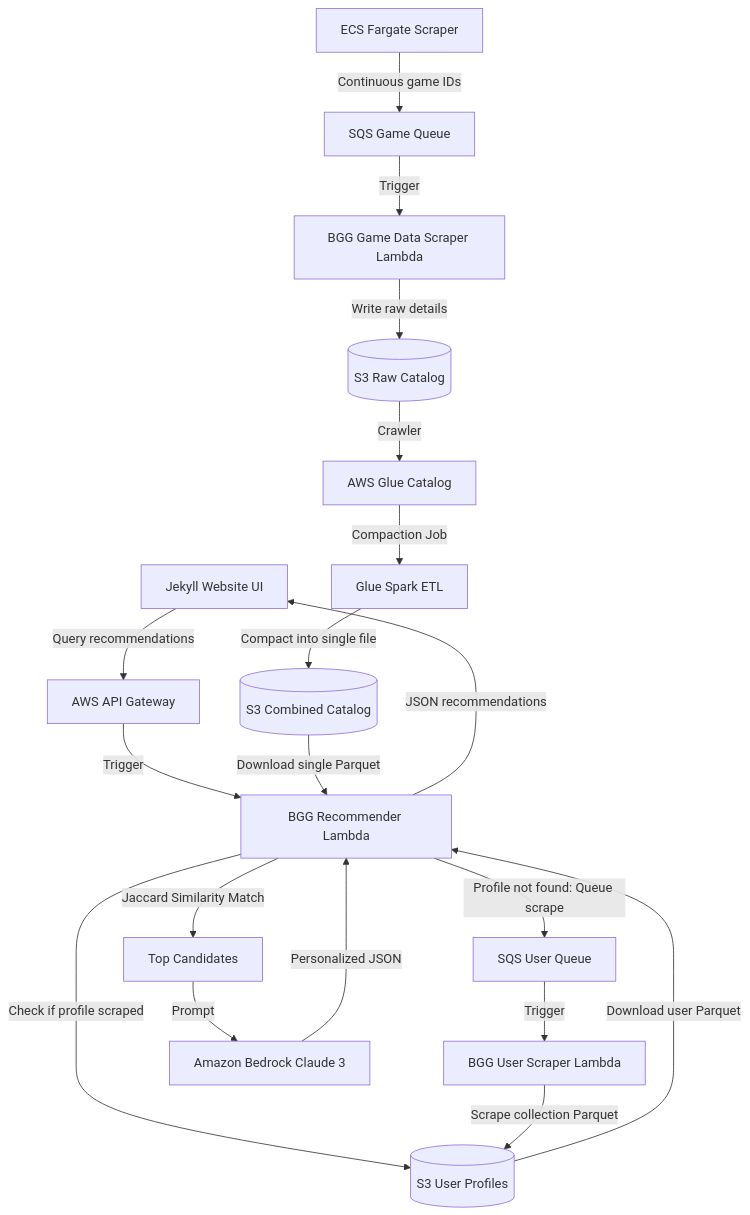
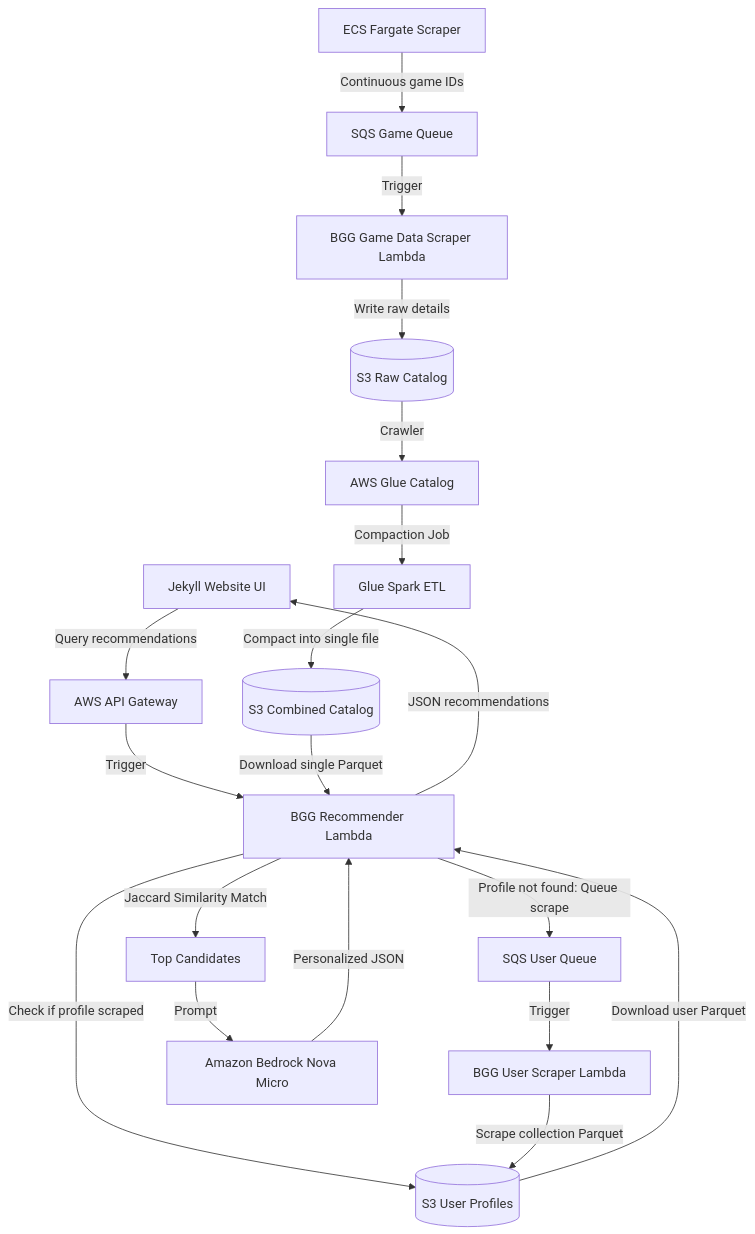
The diagram in README.md (bionicle4365/Boardgame-Recommender), drawn with Mermaid before and after one commit. The commit also changed other lines of this file and 2 other files, not shown here.

Commit message:
Update homepage copy and model references in documentation, and add Playgroup Organizer card

````diff
--- a/README.md
+++ b/README.md
@@ -11,30 +11,30 @@
 ```mermaid
 graph TD
     Client[Jekyll Website UI] -->|Query recommendations| APIGW[AWS API Gateway]
     APIGW -->|Trigger| ServingLambda[BGG Recommender Lambda]
     
     ServingLambda -->|Check if profile scraped| S3Users[(S3 User Profiles)]
     
     %% Scraper triggers
     ServingLambda -->|Profile not found: Queue scrape| SQSUser[SQS User Queue]
     SQSUser -->|Trigger| UserScraper[BGG User Scraper Lambda]
     UserScraper -->|Scrape collection Parquet| S3Users
     
     %% Game Scraper Pipeline
     ECS[ECS Fargate Scraper] -->|Continuous game IDs| SQSGame[SQS Game Queue]
     SQSGame -->|Trigger| GameDataScraper[BGG Game Data Scraper Lambda]
     GameDataScraper -->|Write raw details| S3Raw[(S3 Raw Catalog)]
     
     %% Compaction
     S3Raw -->|Crawler| GlueCatalog[AWS Glue Catalog]
     GlueCatalog -->|Compaction Job| GlueETL[Glue Spark ETL]
     GlueETL -->|Compact into single file| S3Combined[(S3 Combined Catalog)]
     
     %% Recommendation retrieval
     S3Combined -->|Download single Parquet| ServingLambda
     S3Users -->|Download user Parquet| ServingLambda
     ServingLambda -->|Jaccard Similarity Match| Candidates[Top Candidates]
-    Candidates -->|Prompt| Bedrock[Amazon Bedrock Claude 3]
+    Candidates -->|Prompt| Bedrock[Amazon Bedrock Nova Micro]
     Bedrock -->|Personalized JSON| ServingLambda
     ServingLambda -->|JSON recommendations| Client
 ```
````
